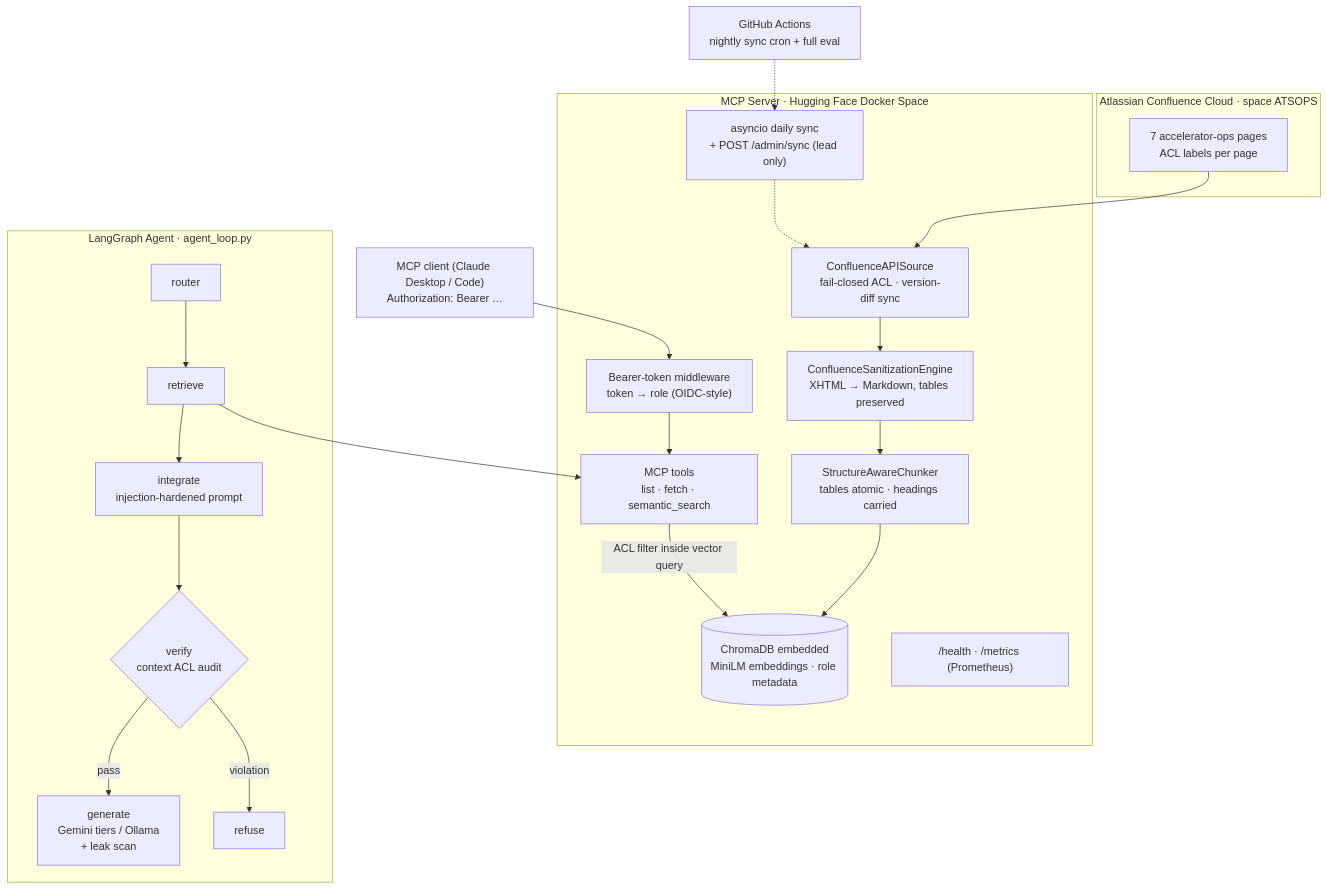
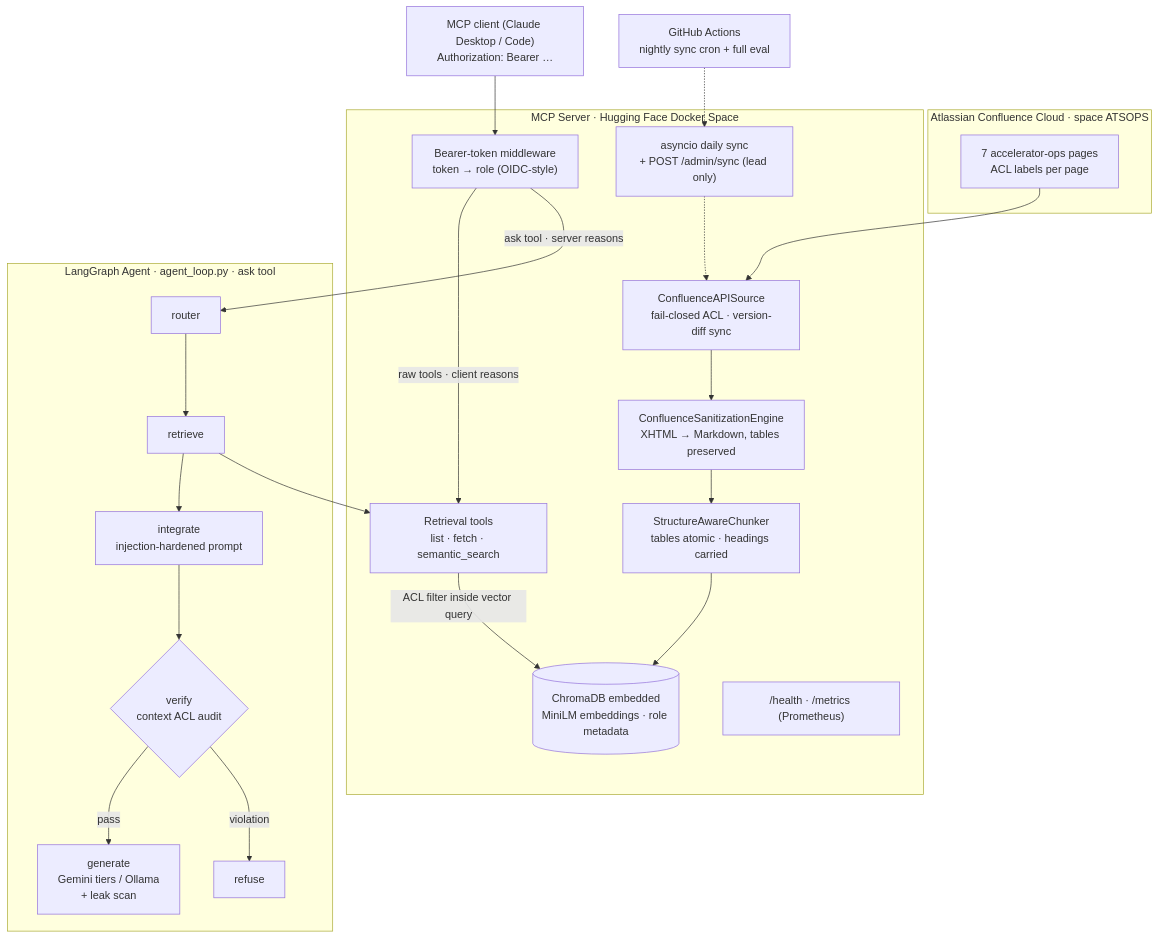
Before and after one commit to HoodieYlya13/mcp-confluence-documentation-rag: the diagram in README.md, drawn with Mermaid. The commit also changed 4 other files, not shown here.

Commit message:
add ask tool to enable LangGraph

````diff
--- a/README.md
+++ b/README.md
@@ -30,37 +30,38 @@
 ```mermaid
 flowchart TD
     subgraph CONF["Atlassian Confluence Cloud · space ATSOPS"]
         PAGES["7 accelerator-ops pages\nACL labels per page"]
     end
 
     subgraph SRV["MCP Server · Hugging Face Docker Space"]
         CONN["ConfluenceAPISource\nfail-closed ACL · version-diff sync"]
         PARSE["ConfluenceSanitizationEngine\nXHTML → Markdown, tables preserved"]
         CHUNK["StructureAwareChunker\ntables atomic · headings carried"]
         IDX[("ChromaDB embedded\nMiniLM embeddings · role metadata")]
         MW["Bearer-token middleware\ntoken → role (OIDC-style)"]
-        TOOLS["MCP tools\nlist · fetch · semantic_search"]
+        TOOLS["Retrieval tools\nlist · fetch · semantic_search"]
         SCHED["asyncio daily sync\n+ POST /admin/sync (lead only)"]
         OBS["/health · /metrics (Prometheus)"]
         CONN --> PARSE --> CHUNK --> IDX
         SCHED -.-> CONN
-        MW --> TOOLS
+        MW -->|"raw tools · client reasons"| TOOLS
         TOOLS -->|"ACL filter inside vector query"| IDX
     end
 
-    subgraph AGENT["LangGraph Agent · agent_loop.py"]
+    subgraph AGENT["LangGraph Agent · agent_loop.py · ask tool"]
         R["router"] --> RET["retrieve"]
         RET --> INT["integrate\ninjection-hardened prompt"]
         INT --> VER{"verify\ncontext ACL audit"}
         VER -->|pass| GEN["generate\nGemini tiers / Ollama\n+ leak scan"]
         VER -->|violation| REF["refuse"]
     end
 
     CLIENT["MCP client (Claude Desktop / Code)\nAuthorization: Bearer …"]
     GH["GitHub Actions\nnightly sync cron + full eval"]
 
     PAGES --> CONN
     CLIENT --> MW
+    MW -->|"ask tool · server reasons"| R
     RET --> TOOLS
     GH -.-> SCHED
 ```
````
